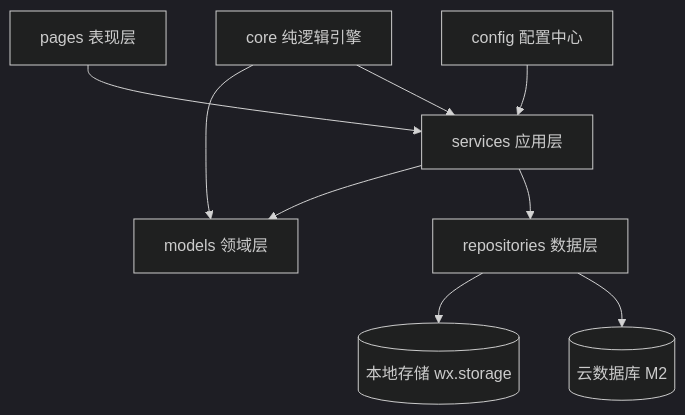
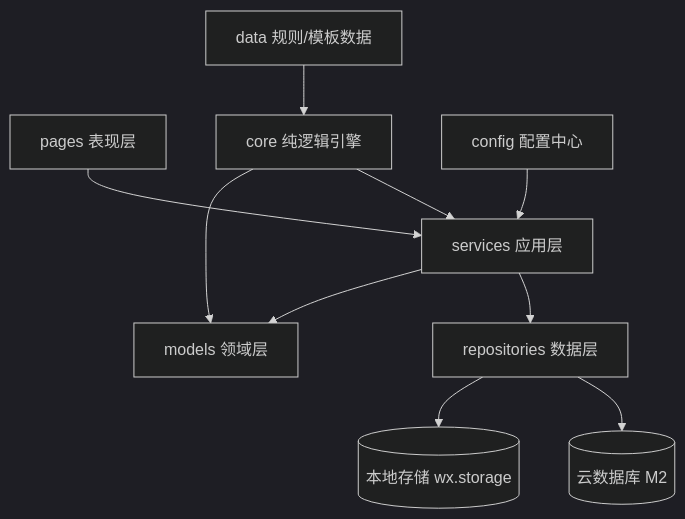
Before and after one commit to lynn-lelelele/lastcheck: the first of 3 diagrams in docs/ARCHITECTURE.md, drawn with Mermaid (dark theme). The commit also changed other lines of this file and 2 other files, not shown here.

Commit message:
docs: add scene recognition pipeline (POI classify + persona copy) to architecture/PRD/roadmap

````diff
--- a/docs/ARCHITECTURE.md
+++ b/docs/ARCHITECTURE.md
@@ -16,11 +17,12 @@
 ```mermaid
 flowchart TD
     P[pages 表现层] --> S[services 应用层]
     S --> M[models 领域层]
     S --> R[repositories 数据层]
     R --> L[(本地存储 wx.storage)]
     R --> C[(云数据库 M2)]
     E[core 纯逻辑引擎] --> M
     E --> S
+    D[data 规则/模板数据] --> E
     CFG[config 配置中心] --> S
 ```
````
